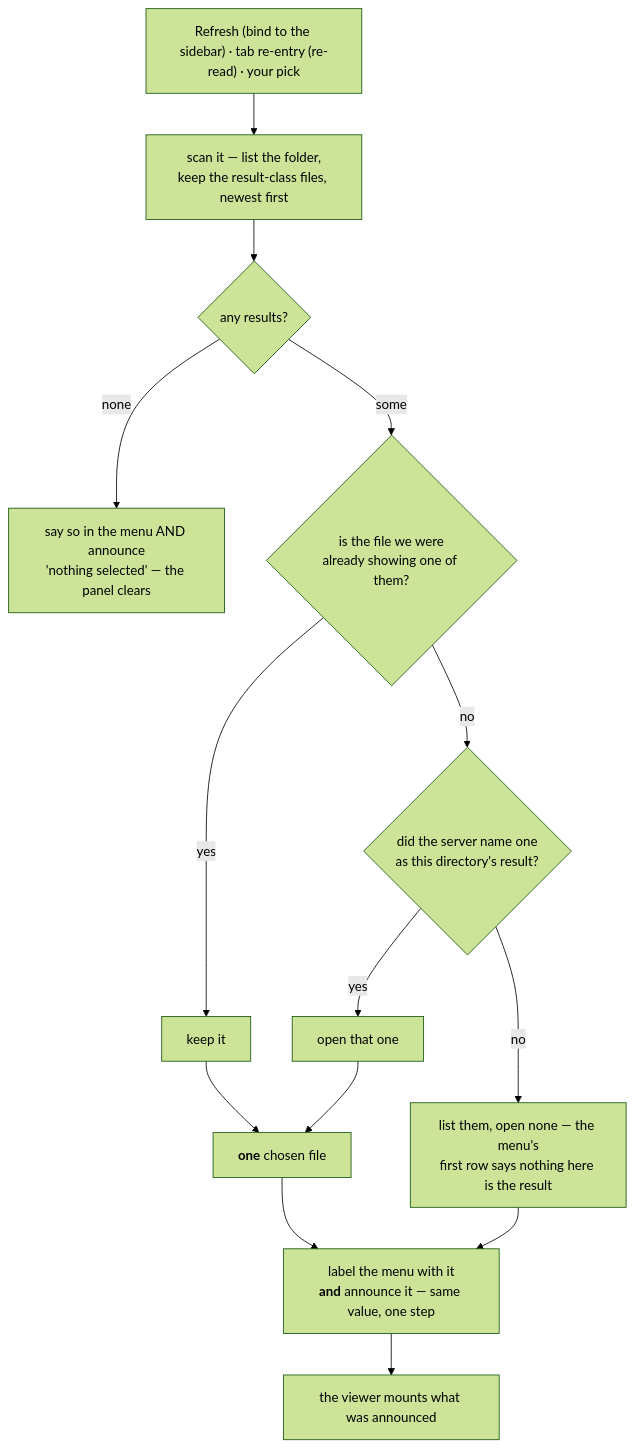
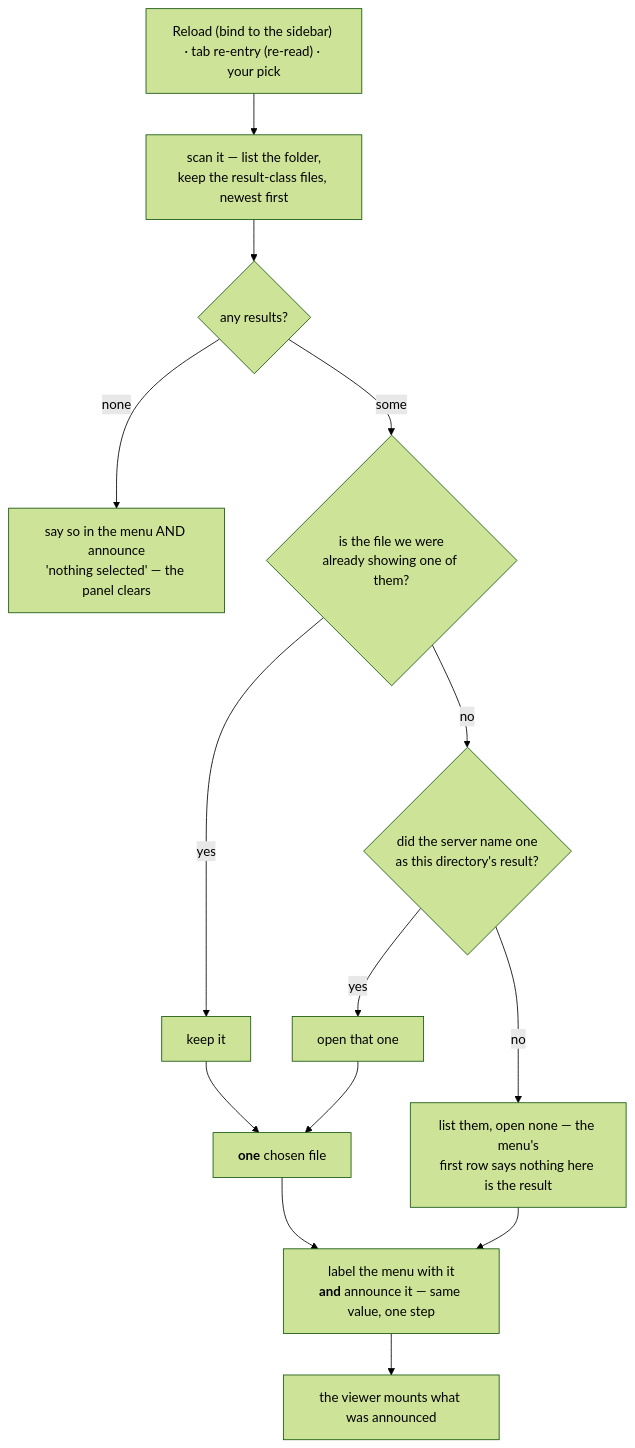
One commit to Qing-LAB/molbuilder changed the second of 3 diagrams in docs/web/results.md. Above: the diagram before and after it, drawn with Mermaid (forest theme). The commit also changed other lines of this file and 4 other files, not shown here.

````diff
--- a/docs/web/results.md
+++ b/docs/web/results.md
@@ -115,16 +118,16 @@
 ```mermaid
 flowchart TD
-  T["Refresh (bind to the sidebar) · tab re-entry (re-read) · your pick"] --> S["scan it — list the folder,<br/>keep the result-class files, newest first"]
+  T["Reload (bind to the sidebar) · tab re-entry (re-read) · your pick"] --> S["scan it — list the folder,<br/>keep the result-class files, newest first"]
   S --> E{"any results?"}
   E -->|"none"| N["say so in the menu AND announce<br/>'nothing selected' — the panel clears"]
   E -->|"some"| K{"is the file we were<br/>already showing one of them?"}
   K -->|"yes"| KEEP["keep it"]
   K -->|"no"| D{"did the server name one<br/>as this directory's result?"}
   D -->|"yes"| NEW["open that one"]
   D -->|"no"| NONE["list them, open none — the menu's<br/>first row says nothing here is the result"]
   NONE --> A
   KEEP --> ONE["<b>one</b> chosen file"]
   NEW --> ONE
   ONE --> A["label the menu with it<br/><b>and</b> announce it — same value, one step"]
   A --> M["the viewer mounts what was announced"]
 ```
````
